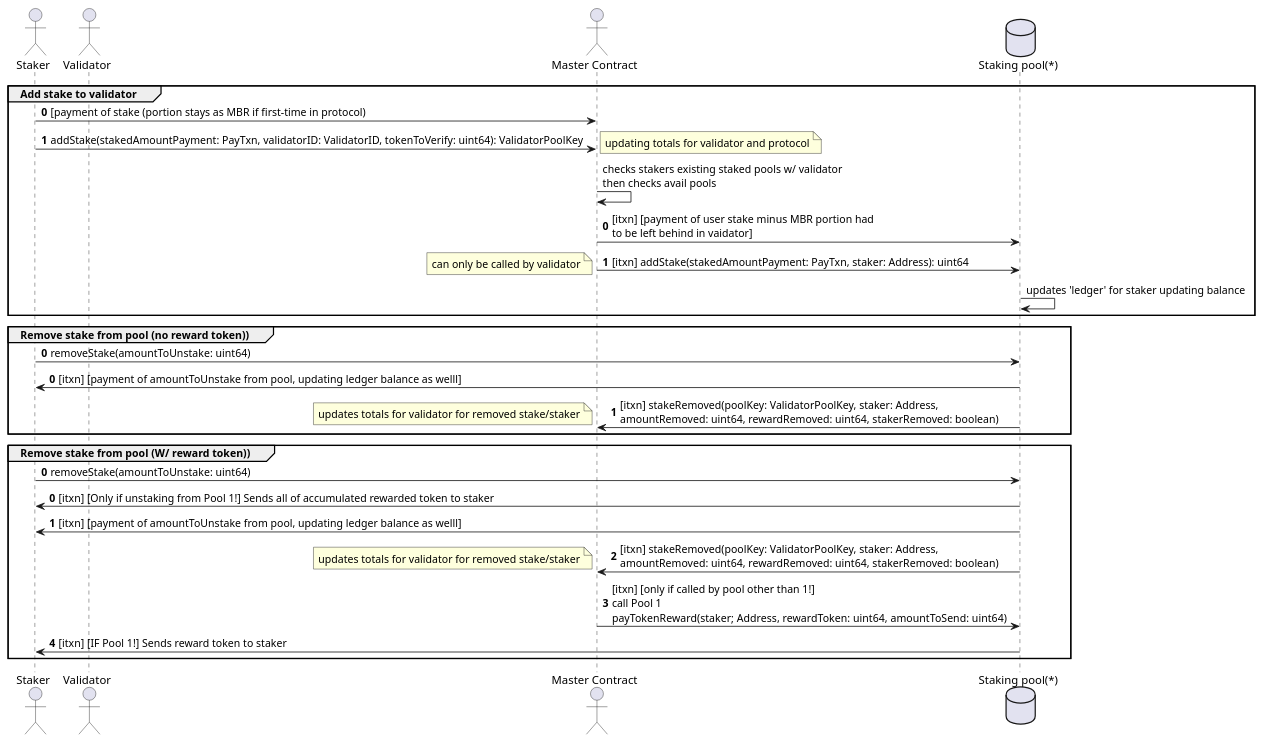
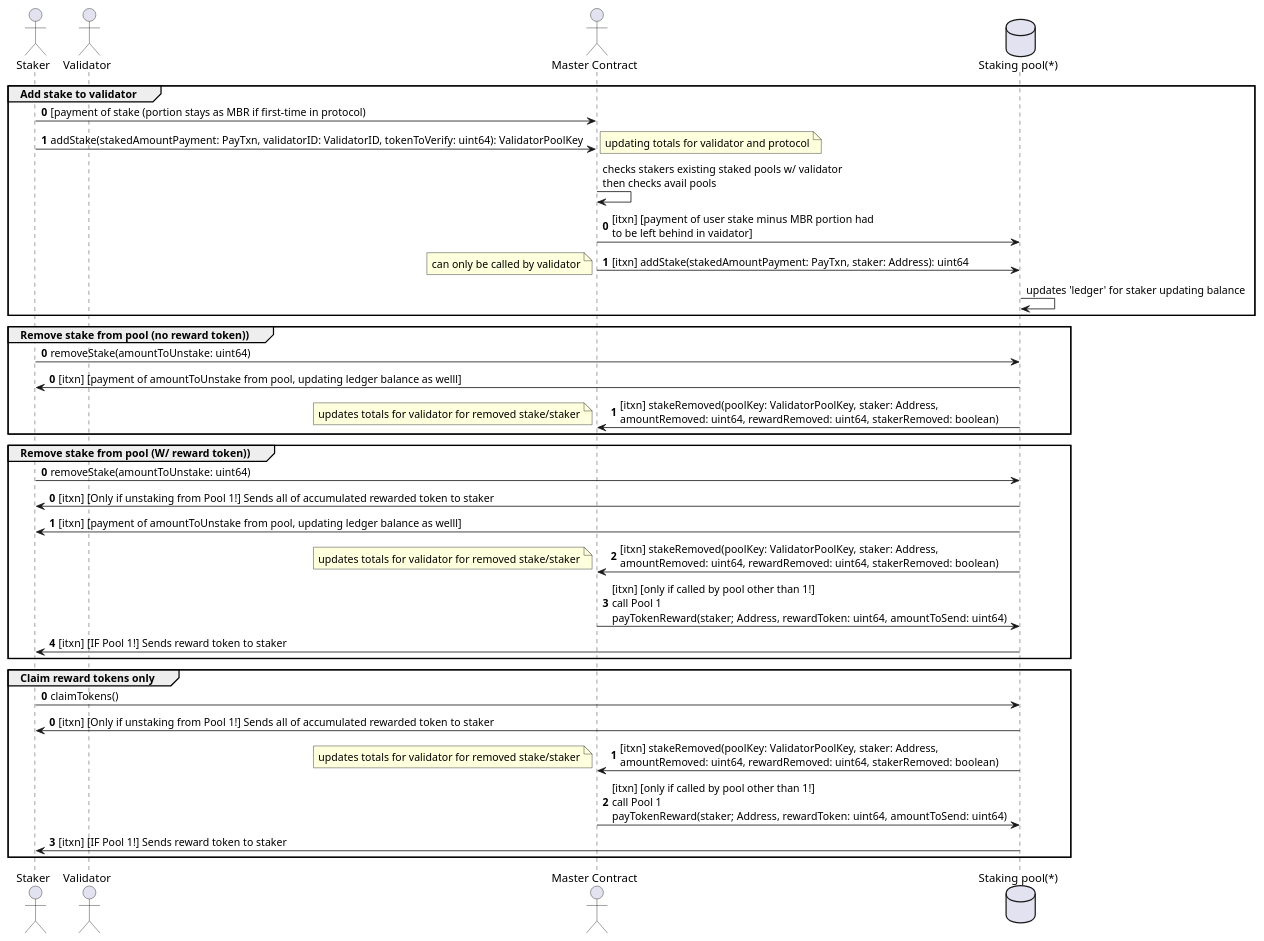
One commit to TxnLab/reti changed the diagram in docs/.gitbook/assets/staker.puml. Above: the diagram before and after it, drawn with PlantUML. The commit also changed 1 other file, not shown here.

Commit message:
Update staker diagram to include claimTokens method

```diff
--- a/docs/.gitbook/assets/staker.puml
+++ b/docs/.gitbook/assets/staker.puml
@@ -1,39 +1,49 @@
 @startuml
 actor "Staker" as staker
 actor "Validator" as validator
 actor "Master Contract" as master
 database "Staking pool(*)" as pool
 group Add stake to validator
 autonumber 0
 staker -> master: [payment of stake (portion stays as MBR if first-time in protocol)
 staker -> master:  addStake(stakedAmountPayment: PayTxn, validatorID: ValidatorID, tokenToVerify: uint64): ValidatorPoolKey
 note right: updating totals for validator and protocol
 autonumber stop
 master -> master: checks stakers existing staked pools w/ validator\nthen checks avail pools
 autonumber 0
 master -> pool: [itxn] [payment of user stake minus MBR portion had\nto be left behind in vaidator]
 master -> pool: [itxn] addStake(stakedAmountPayment: PayTxn, staker: Address): uint64
 note left: can only be called by validator
 autonumber stop
 pool -> pool: updates 'ledger' for staker updating balance
 end
 group Remove stake from pool (no reward token))
 autonumber 0
 staker -> pool: removeStake(amountToUnstake: uint64)
 autonumber 0
 pool -> staker: [itxn] [payment of amountToUnstake from pool, updating ledger balance as welll]
 pool -> master: [itxn] stakeRemoved(poolKey: ValidatorPoolKey, staker: Address,\namountRemoved: uint64, rewardRemoved: uint64, stakerRemoved: boolean)
 note left: updates totals for validator for removed stake/staker
 end
 group Remove stake from pool (W/ reward token))
 autonumber 0
 staker -> pool: removeStake(amountToUnstake: uint64)
 autonumber 0
 pool -> staker: [itxn] [Only if unstaking from Pool 1!] Sends all of accumulated rewarded token to staker
 pool -> staker: [itxn] [payment of amountToUnstake from pool, updating ledger balance as welll]
 pool -> master: [itxn] stakeRemoved(poolKey: ValidatorPoolKey, staker: Address,\namountRemoved: uint64, rewardRemoved: uint64, stakerRemoved: boolean)
 note left: updates totals for validator for removed stake/staker
 master -> pool: [itxn] [only if called by pool other than 1!]\ncall Pool 1\npayTokenReward(staker; Address, rewardToken: uint64, amountToSend: uint64)
 pool -> staker: [itxn] [IF Pool 1!] Sends reward token to staker
 end
+group Claim reward tokens only
+autonumber 0
+staker -> pool: claimTokens()
+autonumber 0
+pool -> staker: [itxn] [Only if unstaking from Pool 1!] Sends all of accumulated rewarded token to staker
+pool -> master: [itxn] stakeRemoved(poolKey: ValidatorPoolKey, staker: Address,\namountRemoved: uint64, rewardRemoved: uint64, stakerRemoved: boolean)
+note left: updates totals for validator for removed stake/staker
+master -> pool: [itxn] [only if called by pool other than 1!]\ncall Pool 1\npayTokenReward(staker; Address, rewardToken: uint64, amountToSend: uint64)
+pool -> staker: [itxn] [IF Pool 1!] Sends reward token to staker
+end
 @enduml
```
